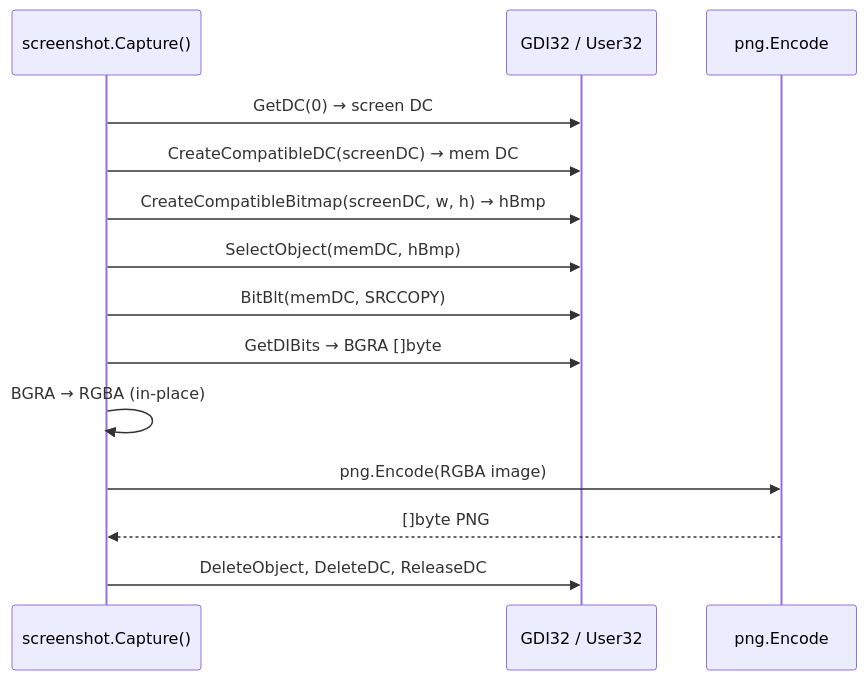
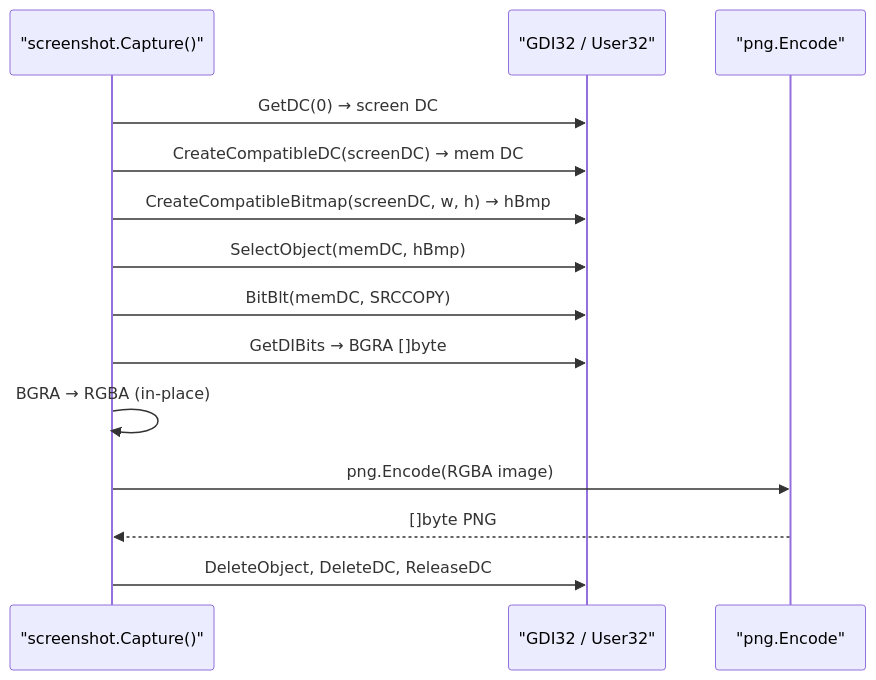
The diagram in docs/techniques/collection/screenshot.md (oioio-space/maldev), drawn with Mermaid before and after one commit. The commit also changed 52 other files, not shown here.

First line of the commit message:
fix(docs): quote multi-word Mermaid participant aliases — 11.2.0 strict-mode sweep

````diff
--- a/docs/techniques/collection/screenshot.md
+++ b/docs/techniques/collection/screenshot.md
@@ -41,17 +41,17 @@
 ```mermaid
 sequenceDiagram
-    participant Code as screenshot.Capture()
-    participant GDI as GDI32 / User32
-    participant Enc as png.Encode
+    participant Code as "screenshot.Capture()"
+    participant GDI as "GDI32 / User32"
+    participant Enc as "png.Encode"
 
     Code->>GDI: GetDC(0) → screen DC
     Code->>GDI: CreateCompatibleDC(screenDC) → mem DC
     Code->>GDI: CreateCompatibleBitmap(screenDC, w, h) → hBmp
     Code->>GDI: SelectObject(memDC, hBmp)
     Code->>GDI: BitBlt(memDC, SRCCOPY)
     Code->>GDI: GetDIBits → BGRA []byte
     Code->>Code: BGRA → RGBA (in-place)
     Code->>Enc: png.Encode(RGBA image)
     Enc-->>Code: []byte PNG
     Code->>GDI: DeleteObject, DeleteDC, ReleaseDC
 ```
````
